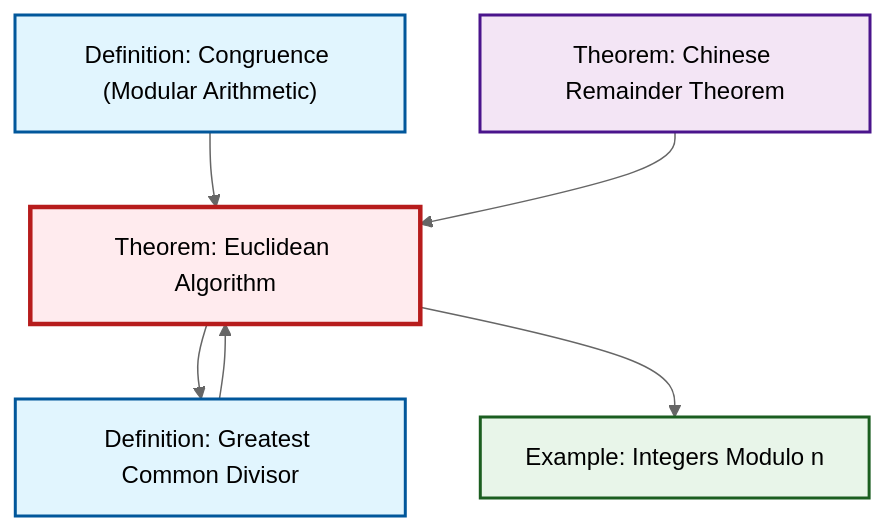
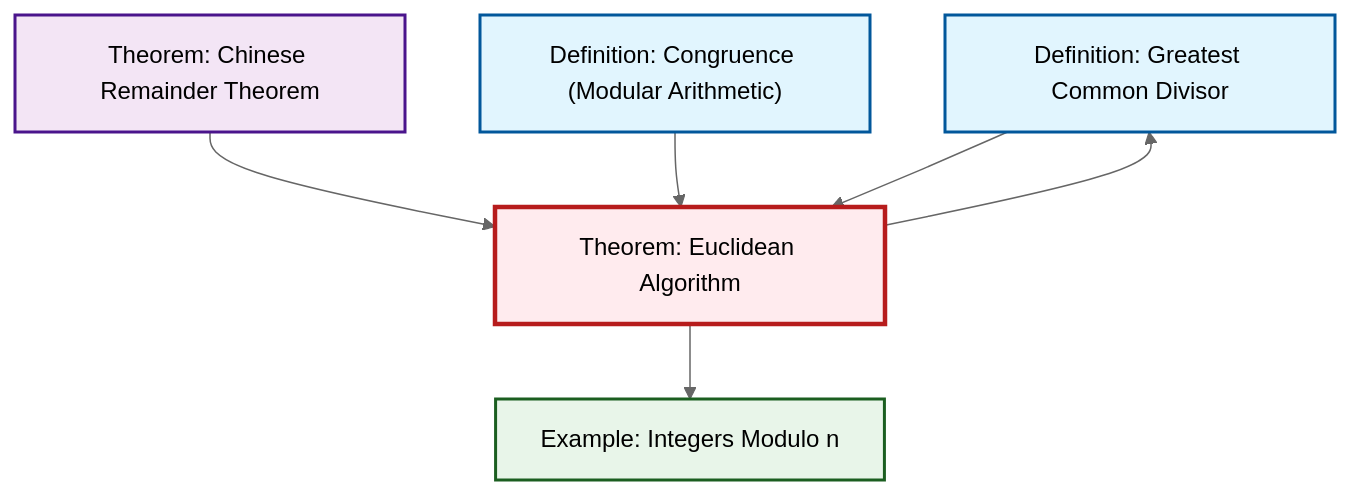
Before and after one commit to RK0429/ModernMath: the second of 2 diagrams in content/ja/number-theory/thm-euclidean-algorithm.qmd, drawn with Mermaid (neutral theme). The commit also changed other lines of this file and 497 other files, not shown here.

````diff
--- a/content/ja/number-theory/thm-euclidean-algorithm.qmd
+++ b/content/ja/number-theory/thm-euclidean-algorithm.qmd
@@ -95,24 +96,24 @@
 ```{mermaid}
 %%| fig-cap: "Local dependency graph"
 graph TD
     classDef definition fill:#e1f5fe,stroke:#01579b,stroke-width:2px
     classDef theorem fill:#f3e5f5,stroke:#4a148c,stroke-width:2px
     classDef axiom fill:#fff3e0,stroke:#e65100,stroke-width:2px
     classDef example fill:#e8f5e9,stroke:#1b5e20,stroke-width:2px
     classDef current fill:#ffebee,stroke:#b71c1c,stroke-width:3px
+    def-gcd["Definition: Greatest Common Divisor"]:::definition
+    ex-quotient-integers-mod-n["Example: Integers Modulo n"]:::example
     thm-chinese-remainder["Theorem: Chinese Remainder Theorem"]:::theorem
-    ex-quotient-integers-mod-n["Example: Integers Modulo n"]:::example
     def-congruence["Definition: Congruence (Modular Arithmetic)"]:::definition
     thm-euclidean-algorithm["Theorem: Euclidean Algorithm"]:::theorem
-    def-gcd["Definition: Greatest Common Divisor"]:::definition
     thm-euclidean-algorithm --> def-gcd
+    thm-chinese-remainder --> thm-euclidean-algorithm
+    def-congruence --> thm-euclidean-algorithm
+    def-gcd --> thm-euclidean-algorithm
     thm-euclidean-algorithm --> ex-quotient-integers-mod-n
-    def-gcd --> thm-euclidean-algorithm
-    def-congruence --> thm-euclidean-algorithm
-    thm-chinese-remainder --> thm-euclidean-algorithm
     class thm-euclidean-algorithm current
+    click def-gcd "def-gcd.html" "Definition: Greatest Common Divisorへ"
+    click ex-quotient-integers-mod-n "ex-quotient-integers-mod-n.html" "Example: Integers Modulo nへ"
     click thm-chinese-remainder "thm-chinese-remainder.html" "Theorem: Chinese Remainder Theoremへ"
-    click ex-quotient-integers-mod-n "ex-quotient-integers-mod-n.html" "Example: Integers Modulo nへ"
     click def-congruence "def-congruence.html" "Definition: Congruence (Modular Arithmetic)へ"
-    click def-gcd "def-gcd.html" "Definition: Greatest Common Divisorへ"
 ```
````
